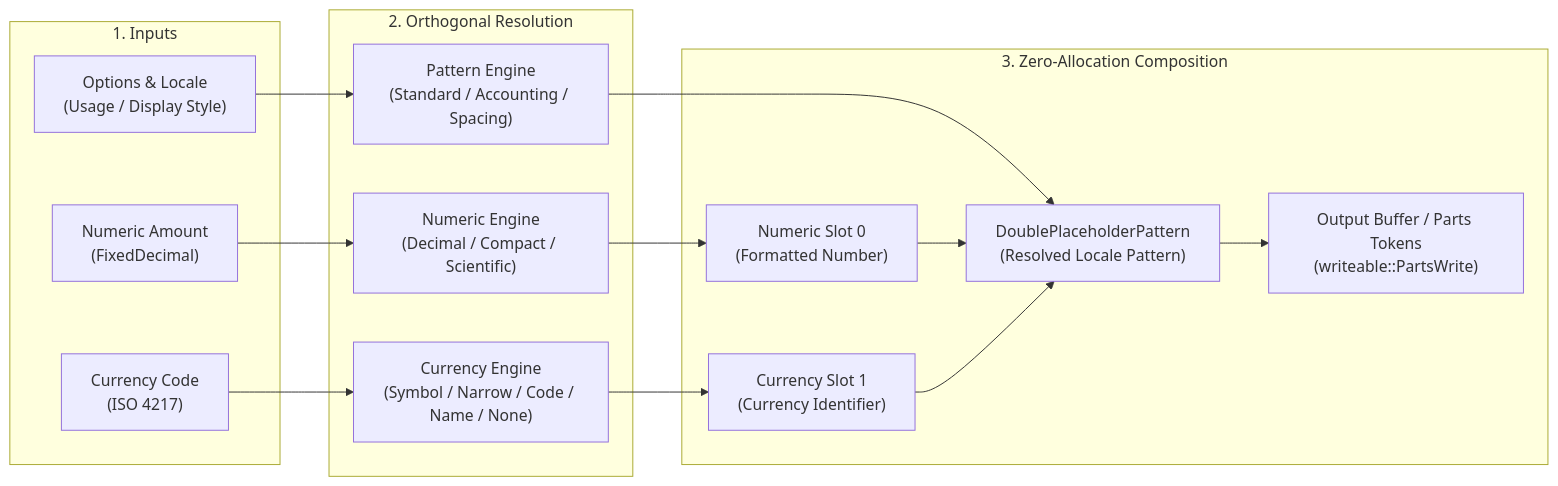
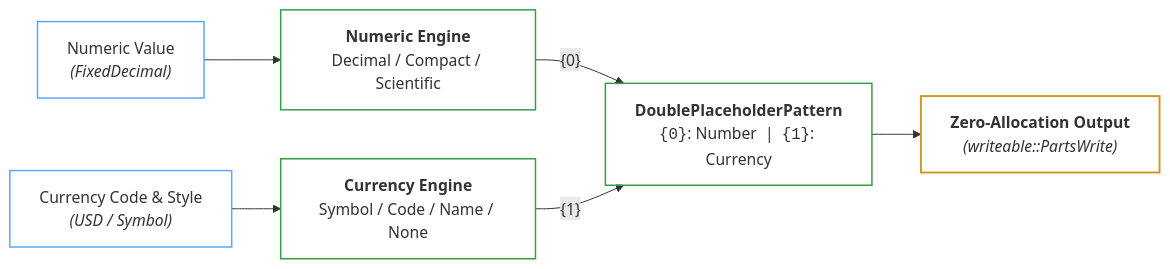
Before and after one commit to unicode-org/icu4x: the second of 5 diagrams in documents/design/number/currency_formatter.md, drawn with Mermaid. The commit also changed other lines of this file, not shown here.

Commit message:
docs: Refine currency formatter design doc, simplify diagrams, and complete specifications

````diff
--- a/documents/design/number/currency_formatter.md
+++ b/documents/design/number/currency_formatter.md
@@ -126,28 +97,19 @@
 ```mermaid
 graph LR
-    subgraph Inputs["1. Inputs"]
-        Val["Numeric Amount<br>(FixedDecimal)"]
-        Cur["Currency Code<br>(ISO 4217)"]
-        Opts["Options & Locale<br>(Usage / Display Style)"]
-    end
+    classDef input stroke:#58a6ff,stroke-width:1.5px,fill:none;
+    classDef engine stroke:#2ea043,stroke-width:1.5px,fill:none;
+    classDef output stroke:#d29922,stroke-width:2px,fill:none;
 
-    subgraph Engines["2. Orthogonal Resolution"]
-        NumEngine["Numeric Engine<br>(Decimal / Compact / Scientific)"]
-        CurEngine["Currency Engine<br>(Symbol / Narrow / Code / Name / None)"]
-        PatEngine["Pattern Engine<br>(Standard / Accounting / Spacing)"]
-    end
+    Val["Numeric Value<br><i>(FixedDecimal)</i>"]:::input
+    Cur["Currency Code & Style<br><i>(USD / Symbol)</i>"]:::input
 
-    subgraph Fusion["3. Zero-Allocation Composition"]
-        Slot0["Numeric Slot 0<br>(Formatted Number)"]
-        Slot1["Currency Slot 1<br>(Currency Identifier)"]
-        Pattern["DoublePlaceholderPattern<br>(Resolved Locale Pattern)"]
-        Output["Output Buffer / Parts Tokens<br>(writeable::PartsWrite)"]
-    end
+    NumEngine["<b>Numeric Engine</b><br>Decimal / Compact / Scientific"]:::engine
+    CurEngine["<b>Currency Engine</b><br>Symbol / Code / Name / None"]:::engine
 
-    Val --> NumEngine --> Slot0
-    Cur --> CurEngine --> Slot1
-    Opts --> PatEngine --> Pattern
-    Slot0 --> Pattern
-    Slot1 --> Pattern
-    Pattern --> Output
+    Pattern["<b>DoublePlaceholderPattern</b><br><code>{0}</code>: Number &nbsp;|&nbsp; <code>{1}</code>: Currency"]:::engine
+    Out["<b>Zero-Allocation Output</b><br><i>(writeable::PartsWrite)</i>"]:::output
+
+    Val --> NumEngine -->|"{0}"| Pattern
+    Cur --> CurEngine -->|"{1}"| Pattern
+    Pattern --> Out
 ```
````
